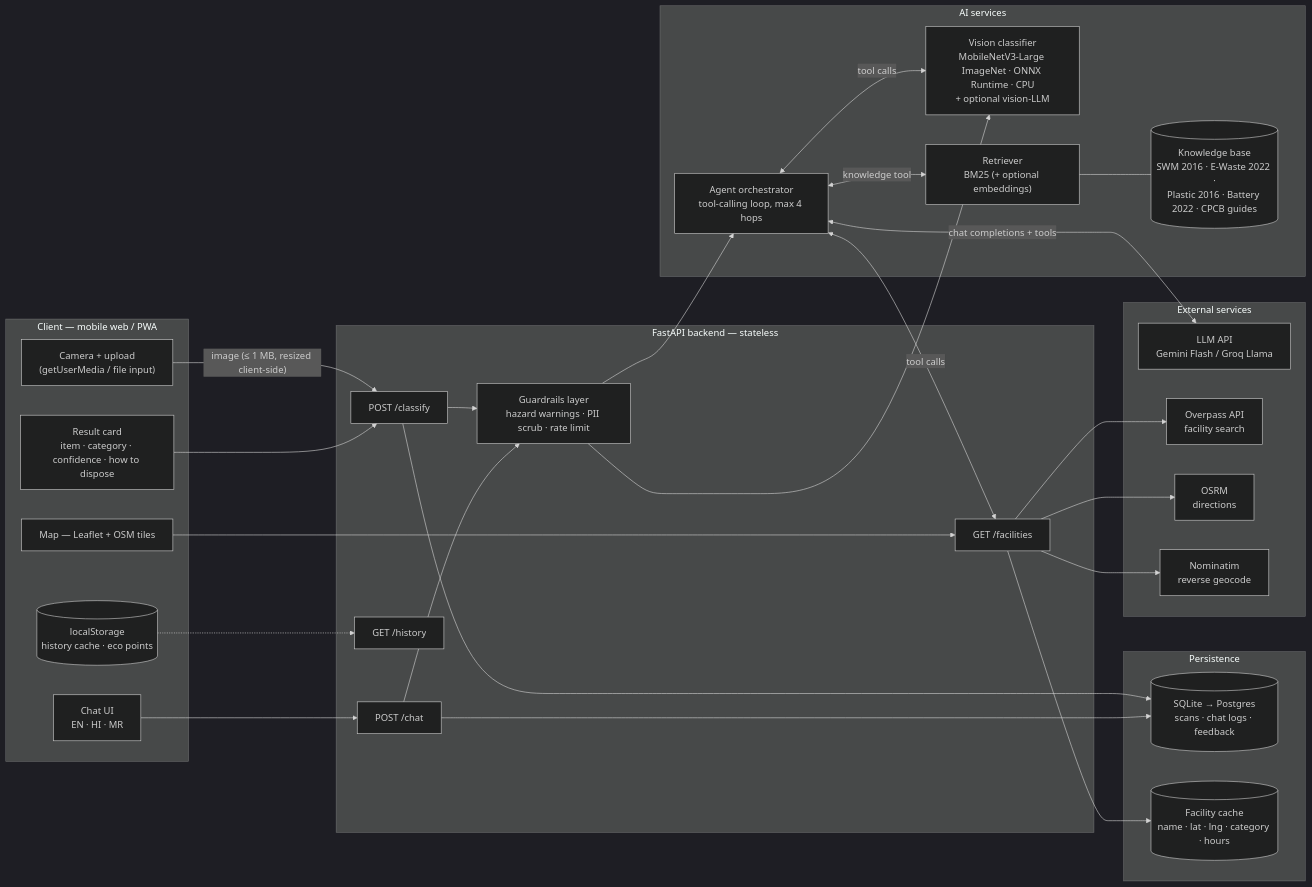
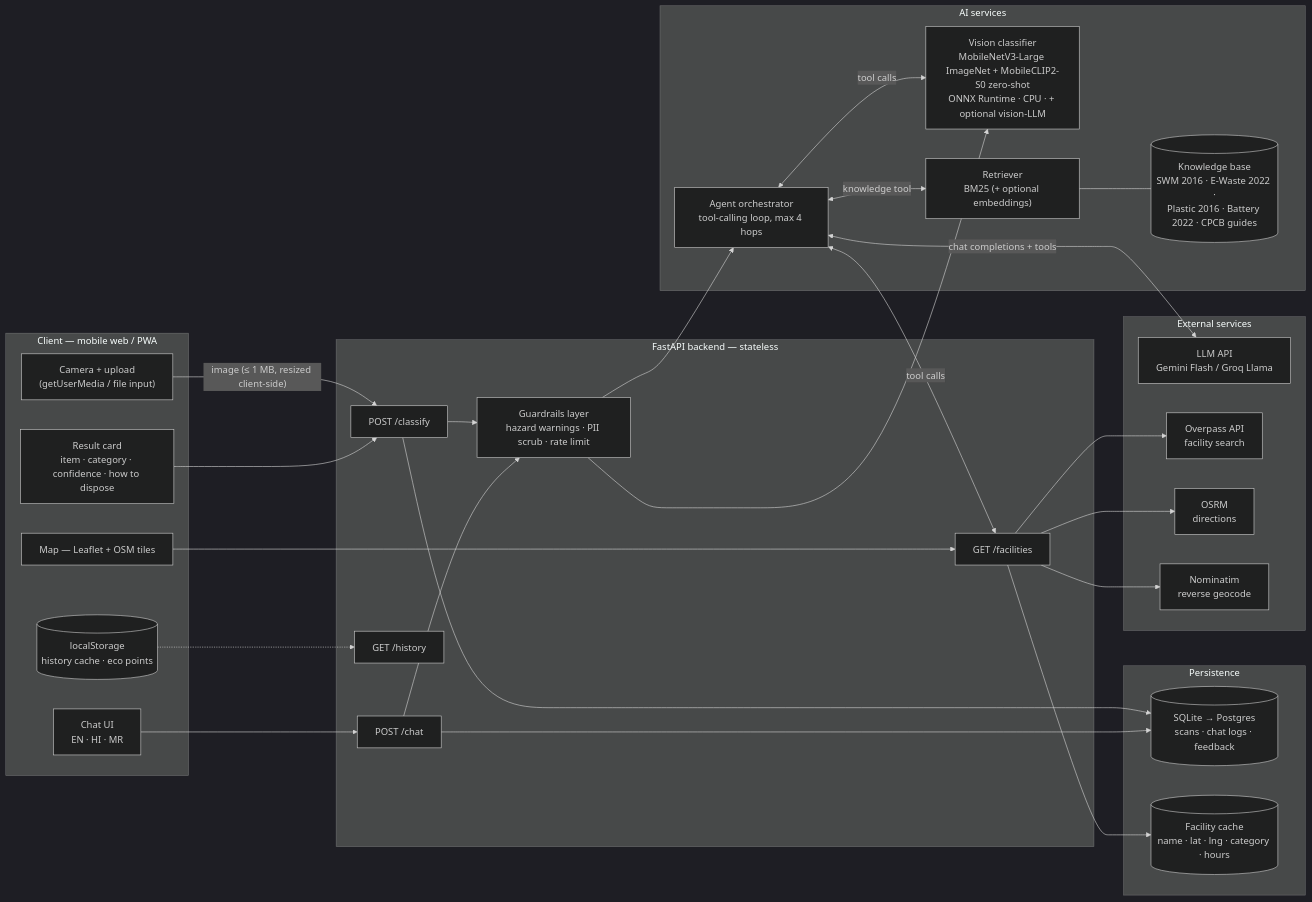
One commit to zaidmullaji05-max/kachramitra changed the first of 3 diagrams in docs/01-architecture.md. Above: the diagram before and after it, drawn with Mermaid (dark theme). The commit also changed other lines of this file and 23 other files, not shown here.

First line of the commit message:
Add zero-shot CLIP head so the scanner covers all 32 waste items

````diff
--- a/docs/01-architecture.md
+++ b/docs/01-architecture.md
@@ -22,56 +22,56 @@
 ```mermaid
 flowchart LR
   subgraph CLIENT["Client — mobile web / PWA"]
     UI1["Camera + upload<br/>(getUserMedia / file input)"]
     UI2["Result card<br/>item · category · confidence · how to dispose"]
     UI3["Chat UI<br/>EN · HI · MR"]
     UI4["Map — Leaflet + OSM tiles"]
     UI5[("localStorage<br/>history cache · eco points")]
   end
 
   subgraph API["FastAPI backend — stateless"]
     R1["POST /classify"]
     R2["POST /chat"]
     R3["GET /facilities"]
     R4["GET /history"]
     GW["Guardrails layer<br/>hazard warnings · PII scrub · rate limit"]
   end
 
   subgraph AI["AI services"]
-    M1["Vision classifier<br/>MobileNetV3-Large ImageNet · ONNX Runtime · CPU<br/>+ optional vision-LLM"]
+    M1["Vision classifier<br/>MobileNetV3-Large ImageNet + MobileCLIP2-S0 zero-shot<br/>ONNX Runtime · CPU · + optional vision-LLM"]
     AG["Agent orchestrator<br/>tool-calling loop, max 4 hops"]
     RAG["Retriever<br/>BM25 (+ optional embeddings)"]
     KB[("Knowledge base<br/>SWM 2016 · E-Waste 2022 ·<br/>Plastic 2016 · Battery 2022 · CPCB guides")]
   end
 
   subgraph DATA["Persistence"]
     DB[("SQLite → Postgres<br/>scans · chat logs · feedback")]
     FC[("Facility cache<br/>name · lat · lng · category · hours")]
   end
 
   subgraph EXT["External services"]
     LLM["LLM API<br/>Gemini Flash / Groq Llama"]
     OSM["Overpass API<br/>facility search"]
     ROUTE["OSRM<br/>directions"]
     GEO["Nominatim<br/>reverse geocode"]
   end
 
   UI1 -->|"image (≤ 1 MB, resized client-side)"| R1
   UI2 --> R1
   UI3 --> R2
   UI4 --> R3
   UI5 -.-> R4
   R1 --> GW --> M1
   R2 --> GW --> AG
   AG <-->|"tool calls"| M1
   AG <-->|"tool calls"| R3
   AG <-->|"knowledge tool"| RAG
   RAG --- KB
   AG <-->|"chat completions + tools"| LLM
   R3 --> FC
   R3 --> OSM
   R3 --> ROUTE
   R3 --> GEO
   R1 --> DB
   R2 --> DB
 ```
````
